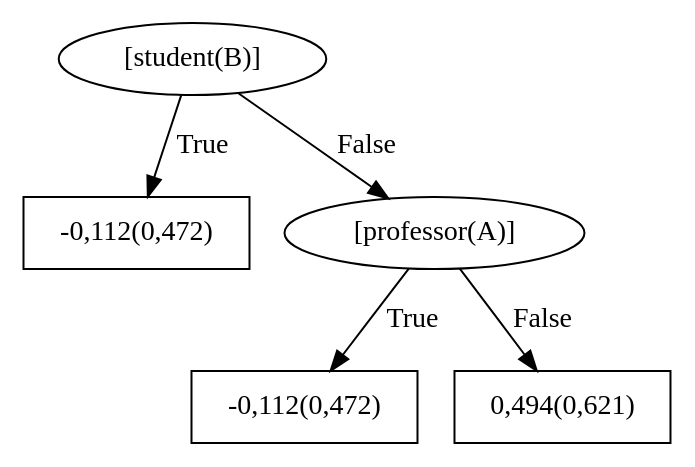
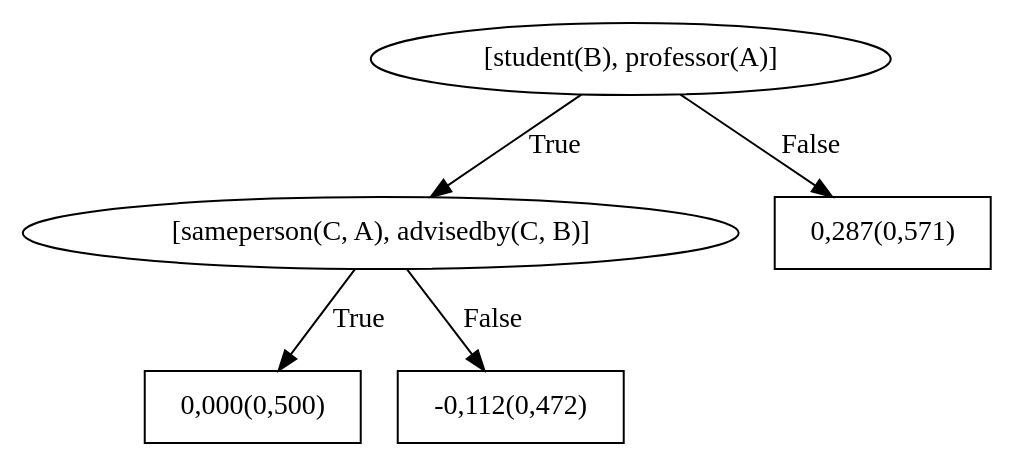
The diagram in boostsrl/train/models/bRDNs/dotFiles/WILLTreeFor_advisedby2.dot (MeLLL-UFF/groot), drawn with Graphviz before and after one commit. The commit also changed 67 other files, not shown here.

```diff
--- a/boostsrl/train/models/bRDNs/dotFiles/WILLTreeFor_advisedby2.dot
+++ b/boostsrl/train/models/bRDNs/dotFiles/WILLTreeFor_advisedby2.dot
@@ -1,11 +1,11 @@
 digraph G{ 
-1[label = "[student(B)]"];
+1[label = "[student(B), professor(A)]"];
 1 -> 2[label="True"];
 1 -> 3[label="False"];
-2[shape = box,label = "-0,112(0,472)"];
-3[label = "[professor(A)]"];
-3 -> 4[label="True"];
-3 -> 5[label="False"];
-4[shape = box,label = "-0,112(0,472)"];
-5[shape = box,label = "0,494(0,621)"];
+2[label = "[sameperson(C, A), advisedby(C, B)]"];
+2 -> 4[label="True"];
+2 -> 5[label="False"];
+4[shape = box,label = "0,000(0,500)"];
+5[shape = box,label = "-0,112(0,472)"];
+3[shape = box,label = "0,287(0,571)"];
 }
```
